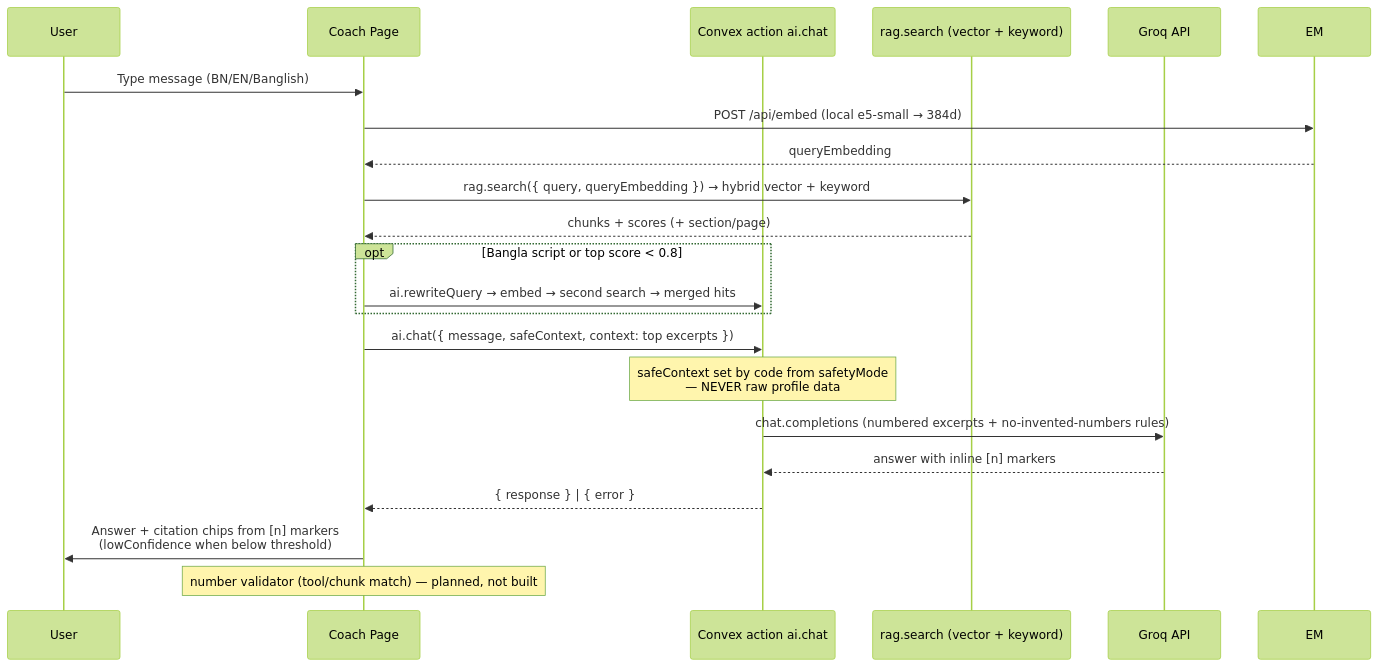
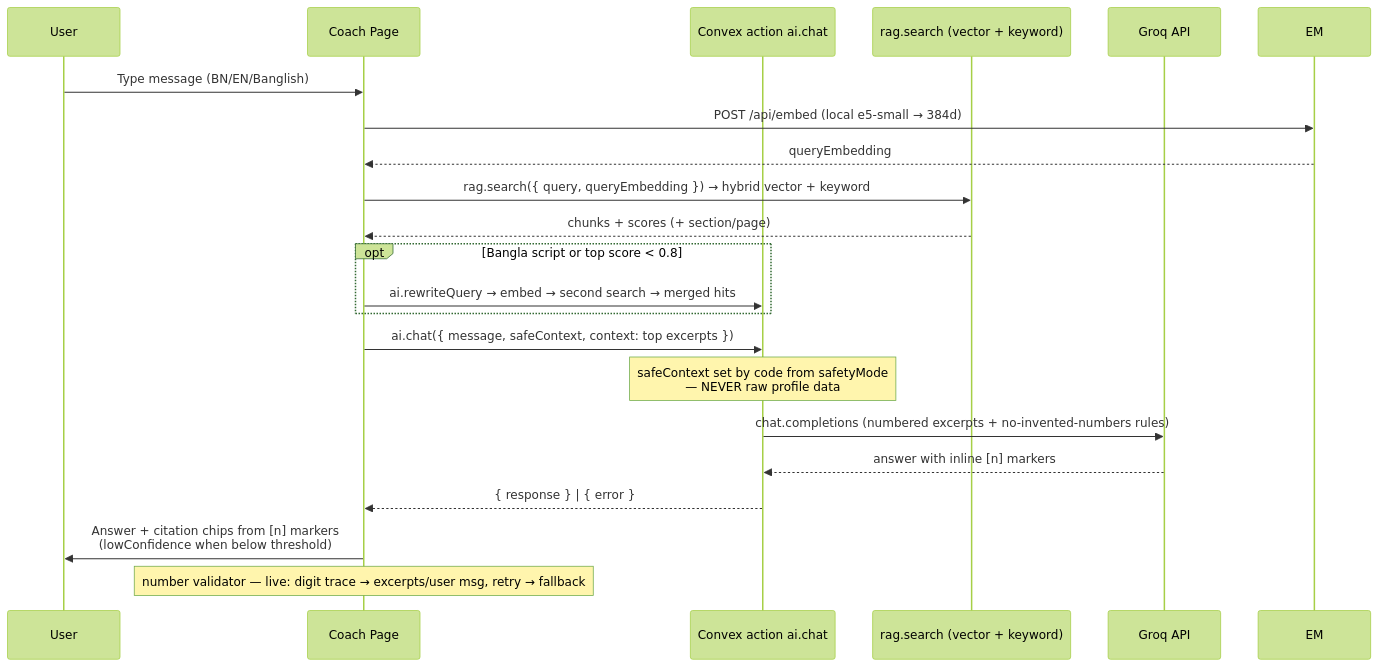
The third of 5 diagrams in docs/ARCHITECTURE.md (Moballig/habitforge), drawn with Mermaid (forest theme) before and after one commit. The commit also changed other lines of this file and 11 other files, not shown here.

````diff
--- a/docs/ARCHITECTURE.md
+++ b/docs/ARCHITECTURE.md
@@ -265,24 +265,24 @@
 ```mermaid
 sequenceDiagram
     participant U as User
     participant UI as Coach Page
     participant A as Convex action ai.chat
     participant E as rag.search (vector + keyword)
     participant G as Groq API
 
     U->>UI: Type message (BN/EN/Banglish)
     UI->>EM: POST /api/embed (local e5-small → 384d)
     EM-->>UI: queryEmbedding
     UI->>E: rag.search({ query, queryEmbedding }) → hybrid vector + keyword
     E-->>UI: chunks + scores (+ section/page)
     opt Bangla script or top score < 0.8
         UI->>A: ai.rewriteQuery → embed → second search → merged hits
     end
     UI->>A: ai.chat({ message, safeContext, context: top excerpts })
     Note over A: safeContext set by code from safetyMode<br/>— NEVER raw profile data
     A->>G: chat.completions (numbered excerpts + no-invented-numbers rules)
     G-->>A: answer with inline [n] markers
     A-->>UI: { response } | { error }
     UI->>U: Answer + citation chips from [n] markers<br/>(lowConfidence when below threshold)
-    Note over UI: number validator (tool/chunk match) — planned, not built
+    Note over UI: number validator — live: digit trace → excerpts/user msg, retry → fallback
 ```
````
